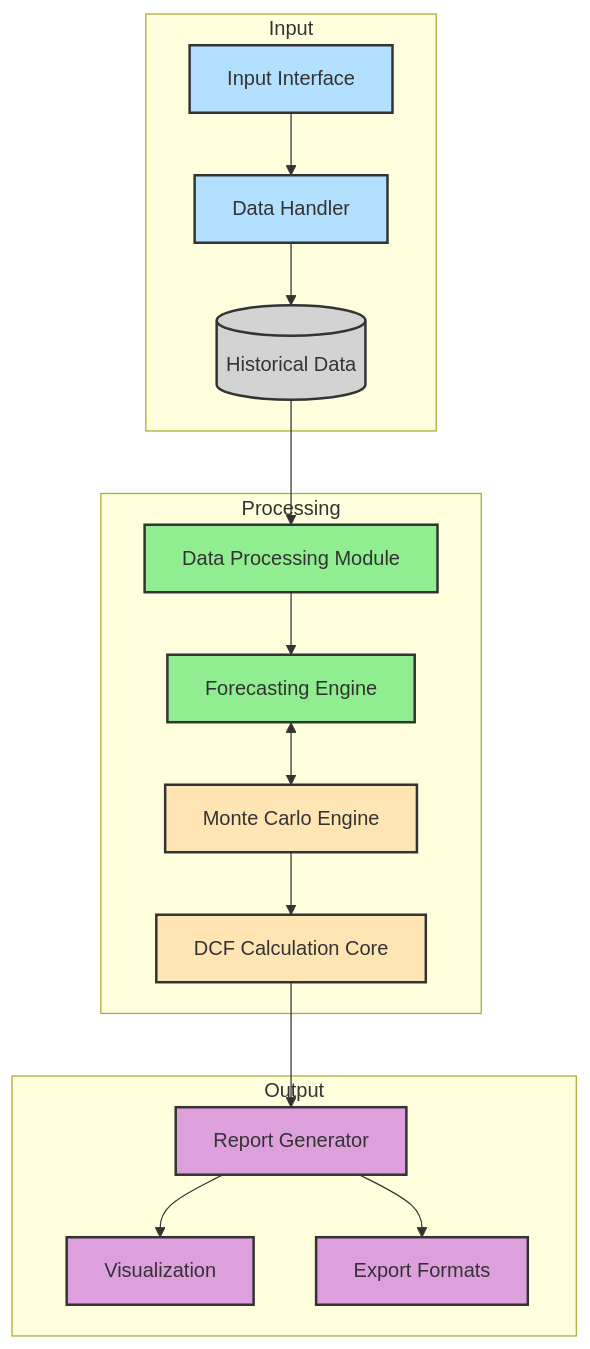
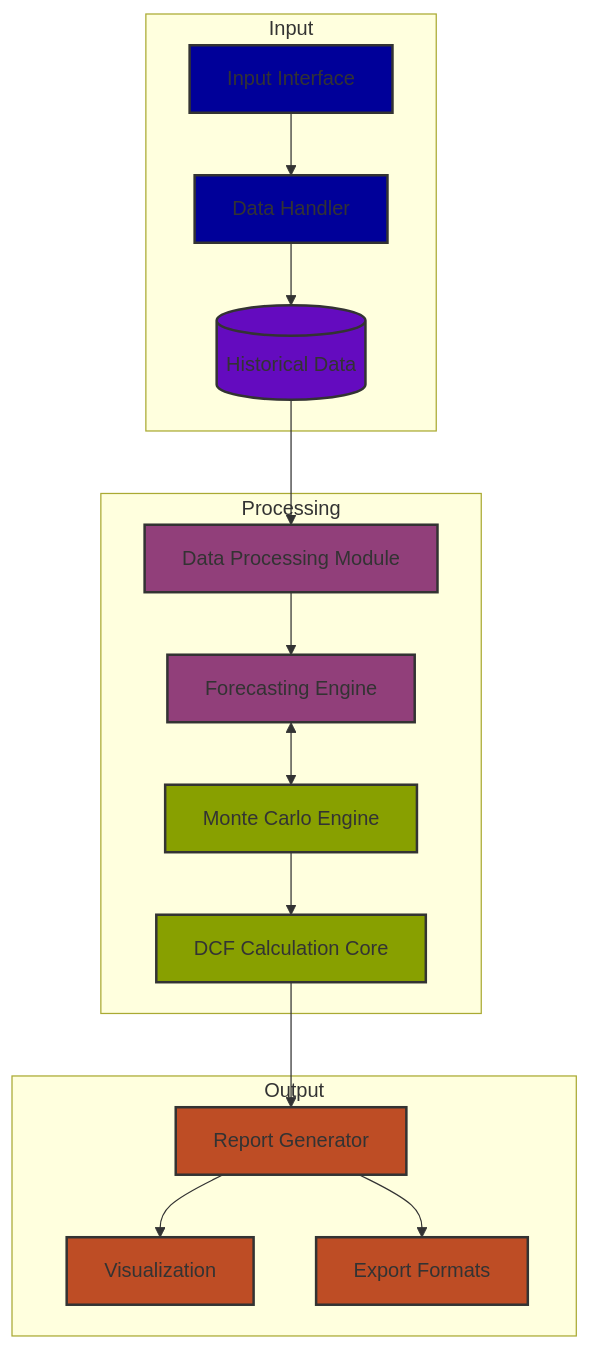
One commit to ArnavAgarwal-Mr-AR/DCF_Valuation_Model changed the diagram in README.md. Above: the diagram before and after it, drawn with Mermaid.

````diff
--- a/README.md
+++ b/README.md
@@ -12,51 +12,43 @@
 ```mermaid
 flowchart TB
     %% Styles
-    classDef input fill:#B3E0FF,stroke:#333,stroke-width:2px
-    classDef processing fill:#90EE90,stroke:#333,stroke-width:2px
-    classDef analysis fill:#FFE5B4,stroke:#333,stroke-width:2px
-    classDef output fill:#DDA0DD,stroke:#333,stroke-width:2px
-    classDef storage fill:#D3D3D3,stroke:#333,stroke-width:2px
+    classDef input fill:#000099,stroke:#333,stroke-width:2px
+    classDef processing fill:#913f7a,stroke:#333,stroke-width:2px
+    classDef analysis fill:#88a000,stroke:#333,stroke-width:2px
+    classDef output fill:#be4d25,stroke:#333,stroke-width:2px
+    classDef storage fill:#640bbf,stroke:#333,stroke-width:2px
     
     %% Input Layer
     subgraph Input
         UI[Input Interface]:::input
         DataHandler[Data Handler]:::input
         DB[(Historical Data)]:::storage
     end
     
     %% Processing Layer
     subgraph Processing
         DataProc[Data Processing Module]:::processing
         Forecast[Forecasting Engine]:::processing
         Monte[Monte Carlo Engine]:::analysis
         DCF[DCF Calculation Core]:::analysis
     end
     
     %% Output Layer
     subgraph Output
         Report[Report Generator]:::output
         Visual[Visualization]:::output
         Export[Export Formats]:::output
     end
     
     %% Connections
     UI --> DataHandler
     DataHandler --> DB
     DB --> DataProc
     DataProc --> Forecast
     Forecast <--> Monte
     Monte --> DCF
     DCF --> Report
     Report --> Visual
     Report --> Export
-    
-    %% Click Events
-    click DataHandler "https://github.com/ArnavAgarwal-Mr-AR/DCF_Valuation_Model/blob/main/data_processing.py"
-    click DataProc "https://github.com/ArnavAgarwal-Mr-AR/DCF_Valuation_Model/blob/main/data_processing.py"
-    click Forecast "https://github.com/ArnavAgarwal-Mr-AR/DCF_Valuation_Model/blob/main/forecasting.py"
-    click Monte "https://github.com/ArnavAgarwal-Mr-AR/DCF_Valuation_Model/blob/main/monte.py"
-    click DCF "https://github.com/ArnavAgarwal-Mr-AR/DCF_Valuation_Model/blob/main/dcf_calculation.py"
-    click Report "https://github.com/ArnavAgarwal-Mr-AR/DCF_Valuation_Model/blob/main/report_generator.py"
 
 ```
````
